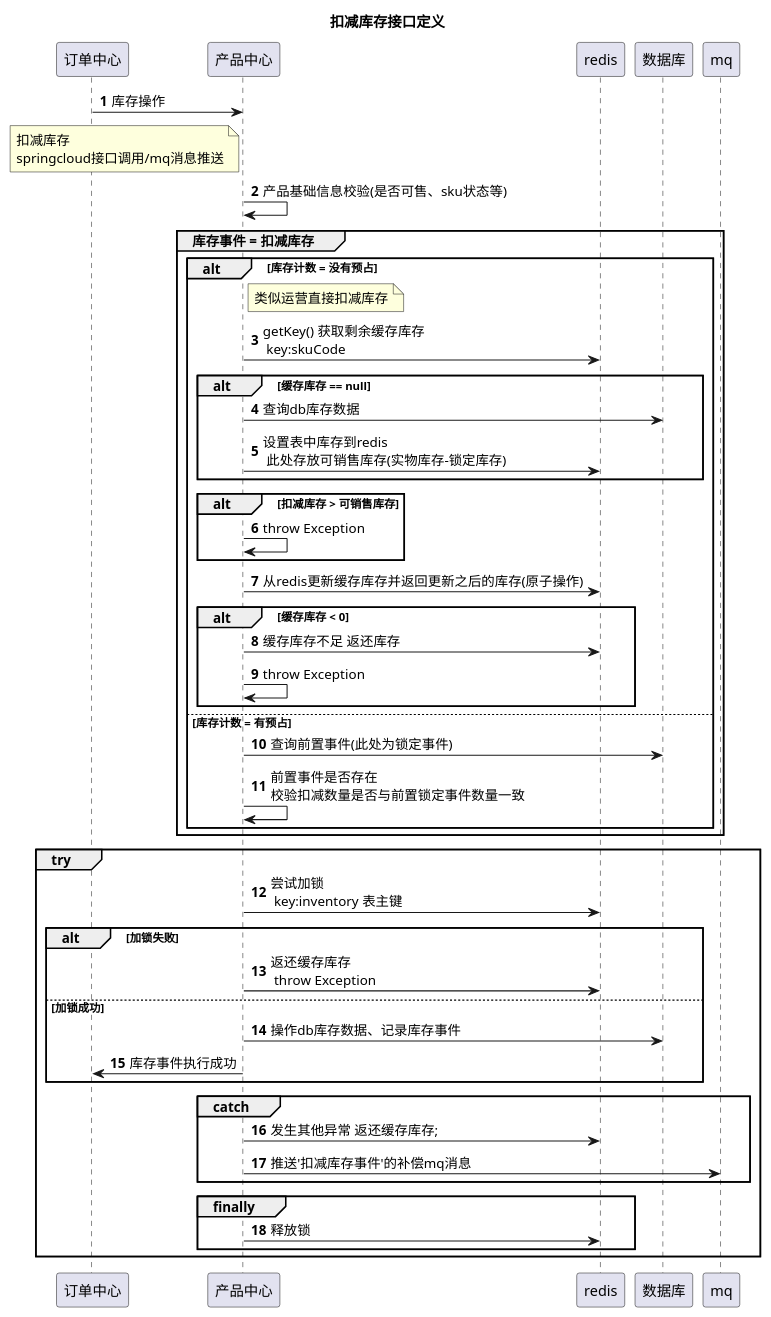
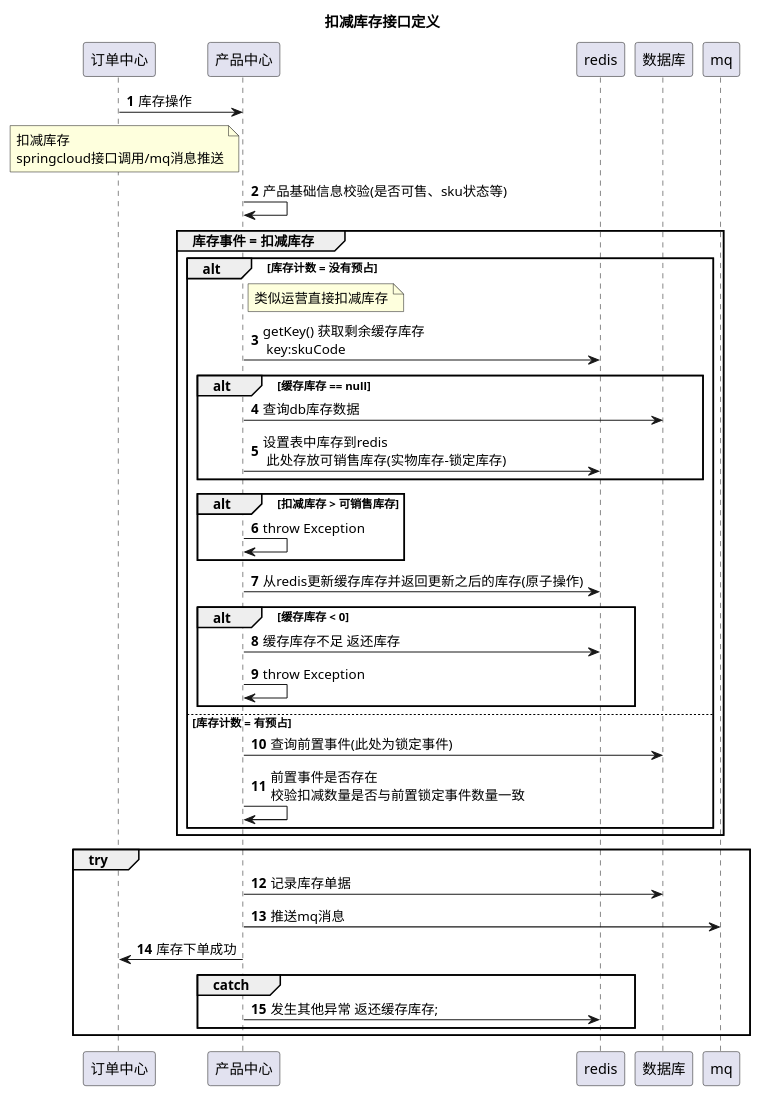
The diagram in src/main/resources/plantuml/nh/inventory/confirm_inventroy.puml (learnxin/testdemo), drawn with PlantUML before and after one commit. The commit also changed 4 other files, not shown here.

Commit message:
库存优化时序图

```diff
--- a/src/main/resources/plantuml/nh/inventory/confirm_inventroy.puml
+++ b/src/main/resources/plantuml/nh/inventory/confirm_inventroy.puml
@@ -1,58 +1,68 @@
 @startuml
 title 扣减库存接口定义
 
 autonumber
 participant "订单中心" as vc
 participant "产品中心" as cpm
 participant "redis" as redis
 participant "数据库" as db
 
 vc -> cpm: 库存操作
 note left of cpm:扣减库存 \nspringcloud接口调用/mq消息推送
 
 
 cpm -> cpm: 产品基础信息校验(是否可售、sku状态等)
 group  库存事件 = 扣减库存
     alt 库存计数 = 没有预占
         note right of cpm:类似运营直接扣减库存
         cpm -> redis: getKey() 获取剩余缓存库存\n key:skuCode
             alt 缓存库存 == null
             cpm -> db :查询db库存数据
             cpm -> redis:  设置表中库存到redis \n 此处存放可销售库存(实物库存-锁定库存)
             end
             alt 扣减库存 > 可销售库存
                 cpm -> cpm : throw Exception
             end
             cpm -> redis: 从redis更新缓存库存并返回更新之后的库存(原子操作)
             alt 缓存库存 < 0
             cpm -> redis: 缓存库存不足 返还库存
             cpm->cpm :throw Exception
             end
     else 库存计数 = 有预占
         cpm -> db : 查询前置事件(此处为锁定事件)
         cpm -> cpm : 前置事件是否存在\n校验扣减数量是否与前置锁定事件数量一致
     end
 
 
 end
 
+'group try
+''cpm->cpm:// 尝试加锁\nboolean isLocked = lock.tryLock(500, 1000, TimeUnit.MILLISECONDS);\n//    加锁失败 返还名额 throw ex\n        if (!isLocked) {\n                         cacheManager.atomicGetAndAdd(key, -num);\n                         throw new VcRpcException(CommonResponseCode.LockFailure);\n                     }        \n                     // 更新课程剩余名额\n                     trainDo.setScale(scale);\n                     trainService.updateTrain(trainDo, clientInfo);
+'cpm->redis:尝试加锁 \n key:inventory 表主键
+'    alt 加锁失败
+'        cpm -> redis:返还缓存库存 \n throw Exception
+'    else 加锁成功
+'        cpm -> db :操作db库存数据、记录库存事件
+'        cpm -> vc :库存事件执行成功
+'    end
+'    group catch
+'        cpm -> redis: 发生其他异常 返还缓存库存;
+'        cpm -> mq : 推送'扣减库存事件'的补偿mq消息
+'    end
+'
+'    group finally
+'        cpm -> redis: 释放锁
+'    end
+'end
+
 group try
-'cpm->cpm:// 尝试加锁\nboolean isLocked = lock.tryLock(500, 1000, TimeUnit.MILLISECONDS);\n//    加锁失败 返还名额 throw ex\n        if (!isLocked) {\n                         cacheManager.atomicGetAndAdd(key, -num);\n                         throw new VcRpcException(CommonResponseCode.LockFailure);\n                     }        \n                     // 更新课程剩余名额\n                     trainDo.setScale(scale);\n                     trainService.updateTrain(trainDo, clientInfo);
-cpm->redis:尝试加锁 \n key:inventory 表主键
-    alt 加锁失败
-        cpm -> redis:返还缓存库存 \n throw Exception
-    else 加锁成功
-        cpm -> db :操作db库存数据、记录库存事件
-        cpm -> vc :库存事件执行成功
-    end
+cpm->db :记录库存单据
+cpm->mq:推送mq消息
+cpm->vc:库存下单成功
     group catch
-        cpm -> redis: 发生其他异常 返还缓存库存;
-        cpm -> mq : 推送'扣减库存事件'的补偿mq消息
-    end
+    cpm -> redis: 发生其他异常 返还缓存库存;
 
-    group finally
-        cpm -> redis: 释放锁
     end
 end
 
 @enduml
```
